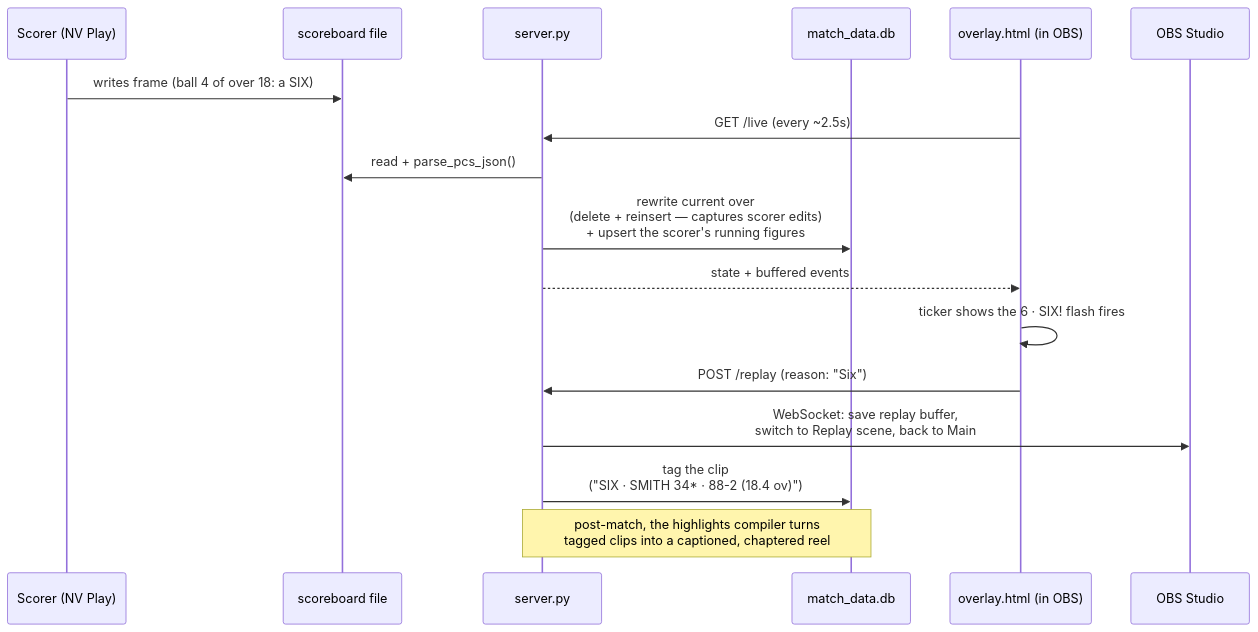
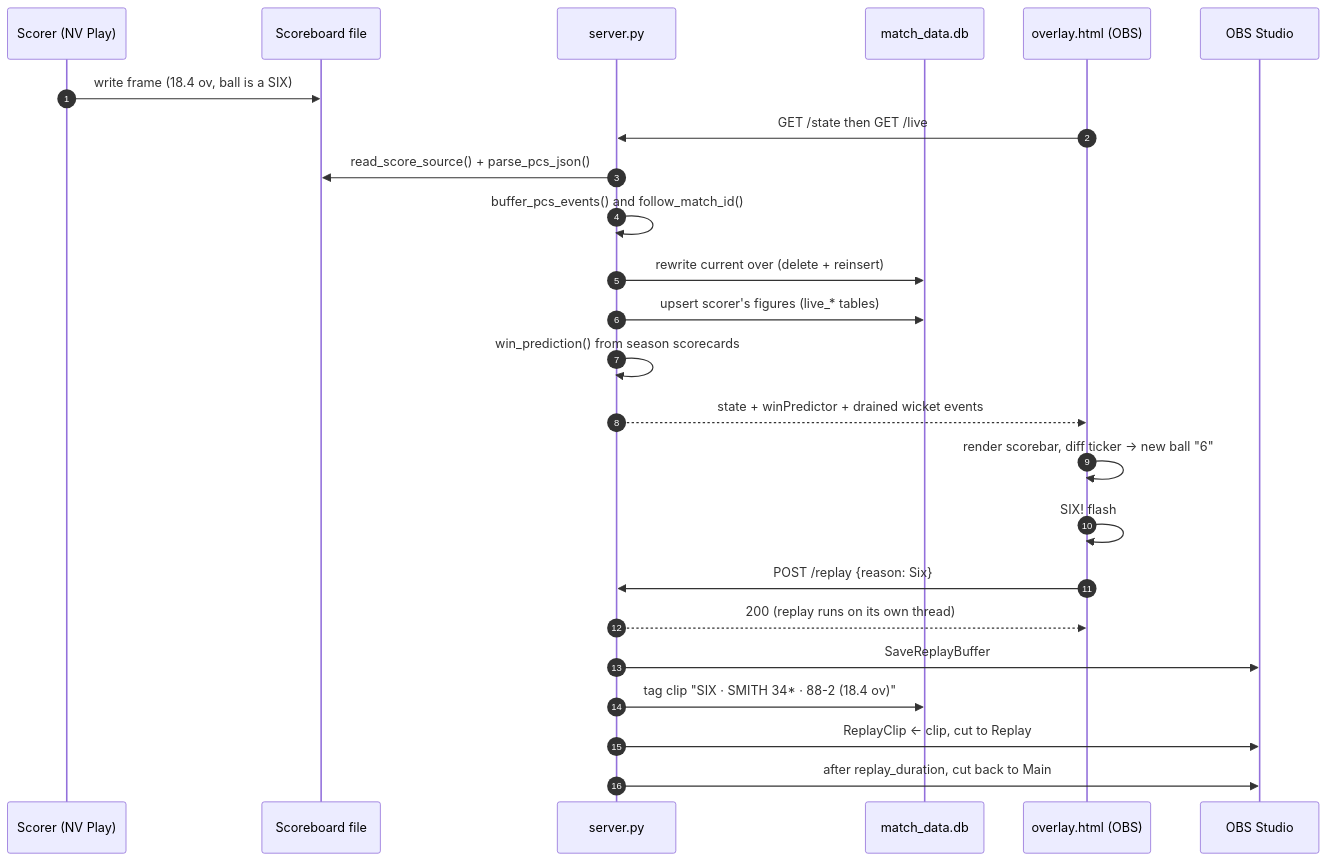
Before and after one commit to BridestoweBelstoneCC/Cricket-Live-Stream: the fourth of 8 diagrams in ARCHITECTURE.md, drawn with Mermaid. The commit also changed other lines of this file and 4 other files, not shown here.

First line of the commit message:
Bring the docs up to date and redraw the architecture

````diff
--- a/ARCHITECTURE.md
+++ b/ARCHITECTURE.md
@@ -80,20 +243,27 @@
 ```mermaid
 sequenceDiagram
+    autonumber
     participant S as Scorer (NV Play)
-    participant F as scoreboard file
+    participant F as Scoreboard file
     participant SV as server.py
     participant DB as match_data.db
-    participant OV as overlay.html (in OBS)
+    participant OV as overlay.html (OBS)
     participant OBS as OBS Studio
 
-    S->>F: writes frame (ball 4 of over 18: a SIX)
-    OV->>SV: GET /live (every ~2.5s)
-    SV->>F: read + parse_pcs_json()
-    SV->>DB: rewrite current over<br/>(delete + reinsert — captures scorer edits)<br/>+ upsert the scorer's running figures
-    SV-->>OV: state + buffered events
-    OV->>OV: ticker shows the 6 · SIX! flash fires
-    OV->>SV: POST /replay (reason: "Six")
-    SV->>OBS: WebSocket: save replay buffer,<br/>switch to Replay scene, back to Main
-    SV->>DB: tag the clip<br/>("SIX · SMITH 34* · 88-2 (18.4 ov)")
-    Note over SV,DB: post-match, the highlights compiler turns<br/>tagged clips into a captioned, chaptered reel
+    S->>F: write frame (18.4 ov, ball is a SIX)
+    OV->>SV: GET /state then GET /live
+    SV->>F: read_score_source() + parse_pcs_json()
+    SV->>SV: buffer_pcs_events() and follow_match_id()
+    SV->>DB: rewrite current over (delete + reinsert)
+    SV->>DB: upsert scorer's figures (live_* tables)
+    SV->>SV: win_prediction() from season scorecards
+    SV-->>OV: state + winPredictor + drained wicket events
+    OV->>OV: render scorebar, diff ticker → new ball "6"
+    OV->>OV: SIX! flash
+    OV->>SV: POST /replay {reason: Six}
+    SV-->>OV: 200 (replay runs on its own thread)
+    SV->>OBS: SaveReplayBuffer
+    SV->>DB: tag clip "SIX · SMITH 34* · 88-2 (18.4 ov)"
+    SV->>OBS: ReplayClip ← clip, cut to Replay
+    SV->>OBS: after replay_duration, cut back to Main
 ```
````
